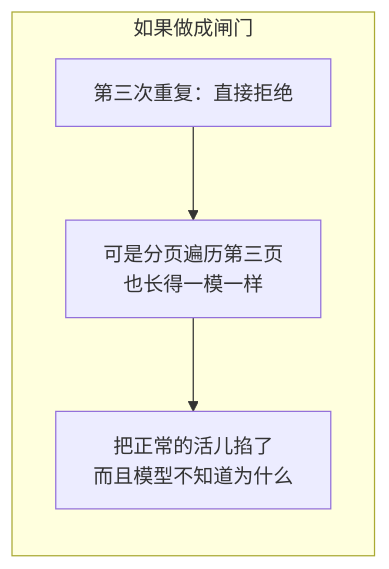
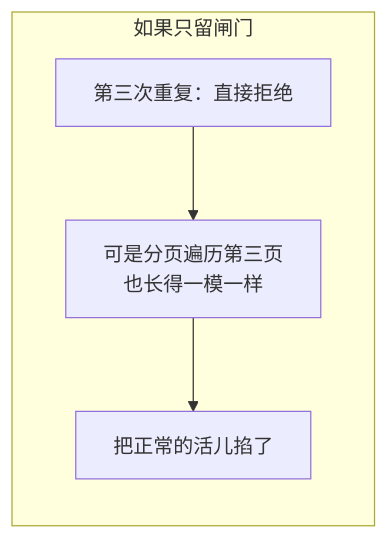
One commit to snight1983/ds-harness-go changed the fifth of 38 diagrams in docs/modules/guards.md. Above: the diagram before and after it, drawn with Mermaid. The commit also changed other lines of this file and 50 other files, not shown here.

First line of the commit message:
feat: 完善会话持久化、图片请求与工具防护

````diff
--- a/docs/modules/guards.md
+++ b/docs/modules/guards.md
@@ -39,7 +56,7 @@
 ```mermaid
 flowchart LR
-    subgraph W["如果做成闸门"]
+    subgraph W["如果只留闸门"]
         A1["第三次重复：直接拒绝"] --> A2["可是分页遍历第三页<br/>也长得一模一样"]
-        A2 --> A3["把正常的活儿掐了<br/>而且模型不知道为什么"]
+        A2 --> A3["把正常的活儿掐了"]
     end
 ```
````
